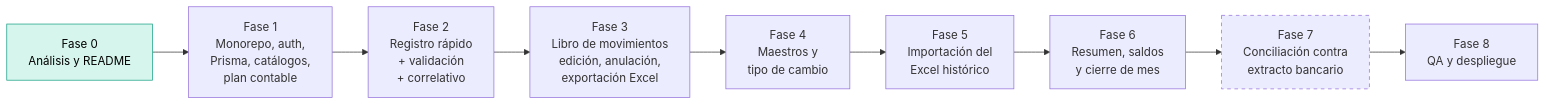
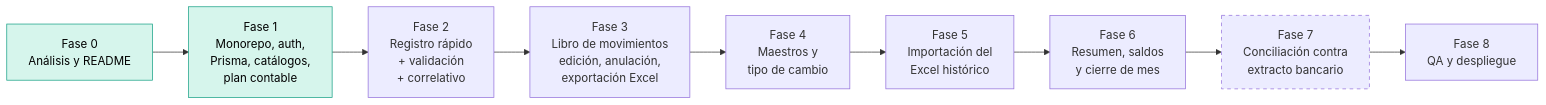
One commit to Jose27luis/conciliacion-bancaria changed diagram 15 of 15 in README.md. Above: the diagram before and after it, drawn with Mermaid. The commit also changed other lines of this file, not shown here.

````diff
--- a/README.md
+++ b/README.md
@@ -772,14 +786,15 @@
 ```mermaid
 flowchart LR
     F0[Fase 0<br/>Análisis y README] --> F1
     F1[Fase 1<br/>Monorepo, auth,<br/>Prisma, catálogos,<br/>plan contable] --> F2
     F2[Fase 2<br/>Registro rápido<br/>+ validación<br/>+ correlativo] --> F3
     F3[Fase 3<br/>Libro de movimientos<br/>edición, anulación,<br/>exportación Excel] --> F4
     F4[Fase 4<br/>Maestros y<br/>tipo de cambio] --> F5
     F5[Fase 5<br/>Importación del<br/>Excel histórico] --> F6
     F6[Fase 6<br/>Resumen, saldos<br/>y cierre de mes] --> F7
     F7[Fase 7<br/>Conciliación contra<br/>extracto bancario] --> F8[Fase 8<br/>QA y despliegue]
 
     style F0 fill:#d6f5ec,stroke:#16a085,color:#000
+    style F1 fill:#d6f5ec,stroke:#16a085,color:#000
     style F7 stroke-dasharray: 5 5
 ```
````
